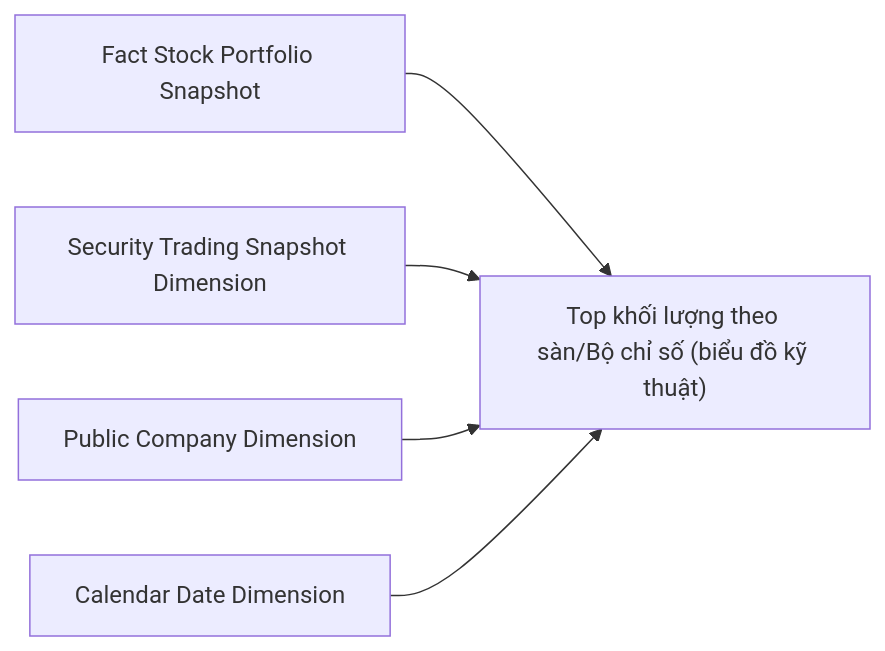
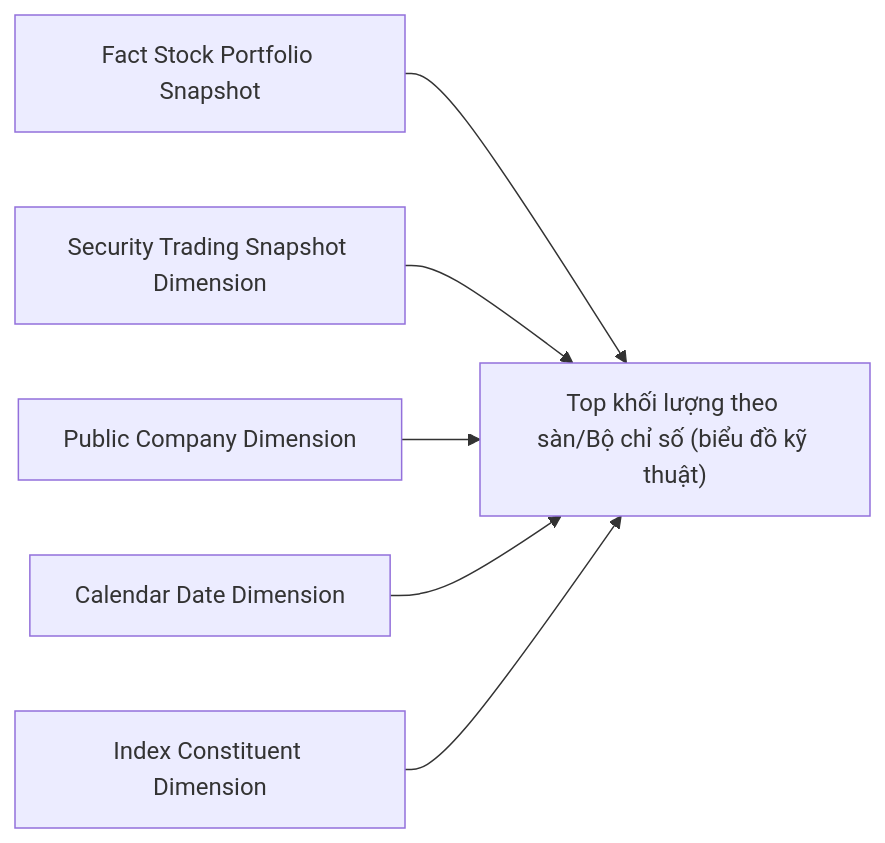
One commit to linhlvit/ubck_atomic_design changed diagram 16 of 57 in Datamart/hld/DTM_GSTT_HLD.md. Above: the diagram before and after it, drawn with Mermaid. The commit also changed other lines of this file and 21 other files, not shown here.

````diff
--- a/Datamart/hld/DTM_GSTT_HLD.md
+++ b/Datamart/hld/DTM_GSTT_HLD.md
@@ -769,7 +804,8 @@
 ```mermaid
 flowchart LR
     F1["Fact Stock Portfolio Snapshot"] --> RPT10["Top khối lượng theo sàn/Bộ chỉ số (biểu đồ kỹ thuật)"]
     D1["Security Trading Snapshot Dimension"] --> RPT10
     D2["Public Company Dimension"] --> RPT10
     D3["Calendar Date Dimension"] --> RPT10
+    D4["Index Constituent Dimension"] --> RPT10
 ```
````
